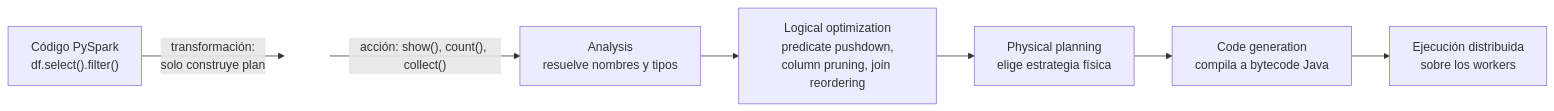
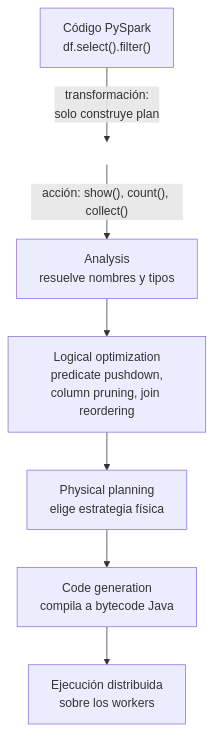
Before and after one commit to 262bigdata/lambda26: the first of 3 diagrams in docs/sesiones/S02_Fundamentos_PySpark_Transformaciones_Lazy_Evaluation.md, drawn with Mermaid.

Commit message:
Sesion 2

````diff
--- a/docs/sesiones/S02_Fundamentos_PySpark_Transformaciones_Lazy_Evaluation.md
+++ b/docs/sesiones/S02_Fundamentos_PySpark_Transformaciones_Lazy_Evaluation.md
@@ -56,12 +56,12 @@
 ```mermaid
-flowchart LR
+flowchart TB
     Code["Código PySpark<br/>df.select().filter()"] -->|"transformación:<br/>solo construye plan"| Plan["Plan lógico<br/>(sin ejecutar)"]
     Plan -->|"acción: show(), count(), collect()"| A["Analysis<br/>resuelve nombres y tipos"]
     A --> B["Logical optimization<br/>predicate pushdown,<br/>column pruning, join reordering"]
     B --> C["Physical planning<br/>elige estrategia física"]
     C --> D["Code generation<br/>compila a bytecode Java"]
     D --> Exec["Ejecución distribuida<br/>sobre los workers"]
 
     classDef today fill:#ffe08a,stroke:#9a6b00,stroke-width:2px,color:#111;
     class Plan today;
 ```
````
